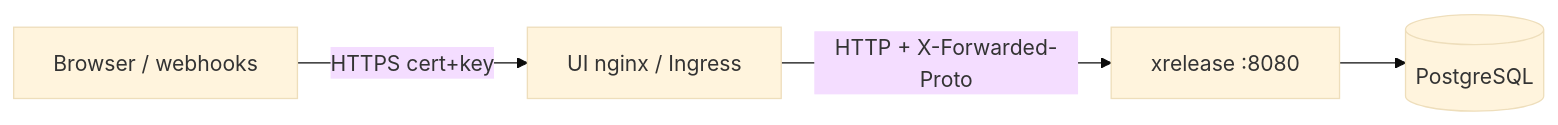
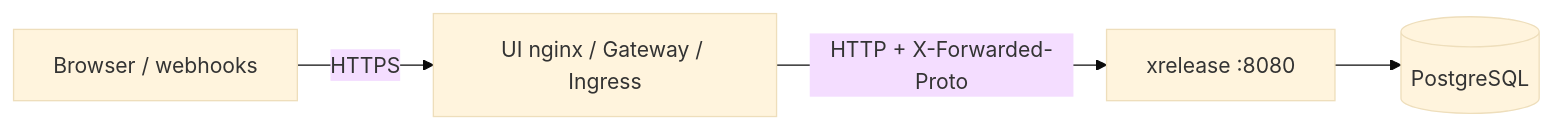
Before and after one commit to Myskiv-Ivan/xrelease: the diagram in docs/operations/tls.md, drawn with Mermaid (base theme). The commit also changed other lines of this file and 162 other files, not shown here.

````diff
--- a/docs/operations/tls.md
+++ b/docs/operations/tls.md
@@ -7,6 +8,6 @@
 ```mermaid
 flowchart LR
-  Client[Browser / webhooks] -->|HTTPS cert+key| Edge[UI nginx / Ingress]
+  Client[Browser / webhooks] -->|HTTPS| Edge[UI nginx / Gateway / Ingress]
   Edge -->|HTTP + X-Forwarded-Proto| API[xrelease :8080]
   API --> PG[(PostgreSQL)]
 ```
````
